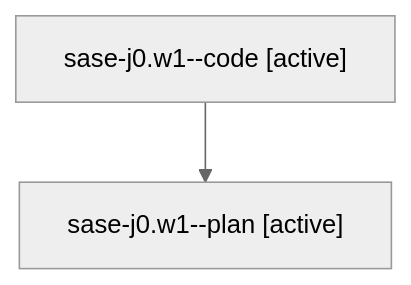
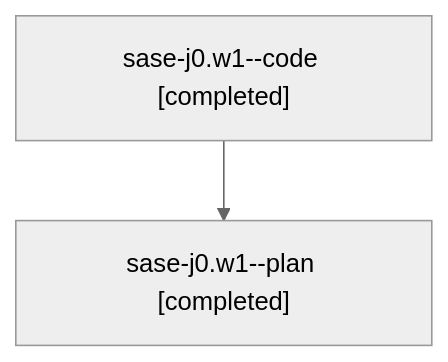
One commit to sase-org/sase--agents changed the diagram in families/bbugyi200.athena.sase-j0.w1.md. Above: the diagram before and after it, drawn with Mermaid (neutral theme). The commit also changed other lines of this file and 63 other files, not shown here.

````diff
--- a/families/bbugyi200.athena.sase-j0.w1.md
+++ b/families/bbugyi200.athena.sase-j0.w1.md
@@ -9,6 +9,6 @@
 ```mermaid
 flowchart TD
-  n0["sase-j0.w1--code [active]"]
-  n1["sase-j0.w1--plan [active]"]
+  n0["sase-j0.w1--code [completed]"]
+  n1["sase-j0.w1--plan [completed]"]
   n0 --> n1
 ```
````
